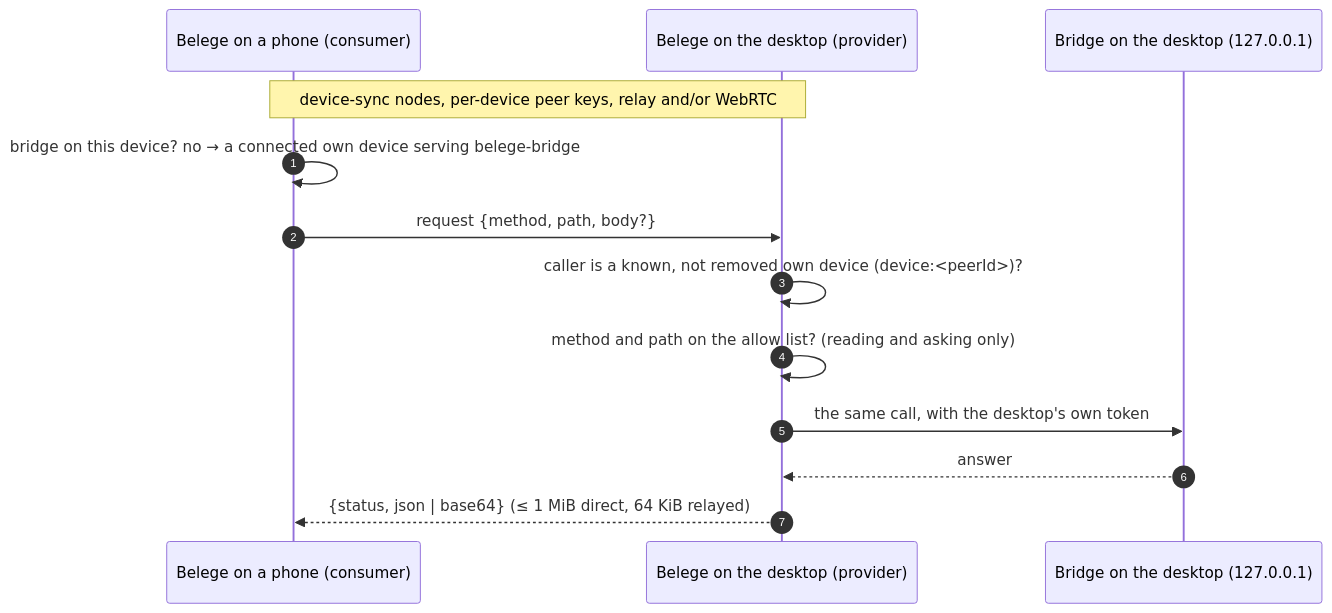
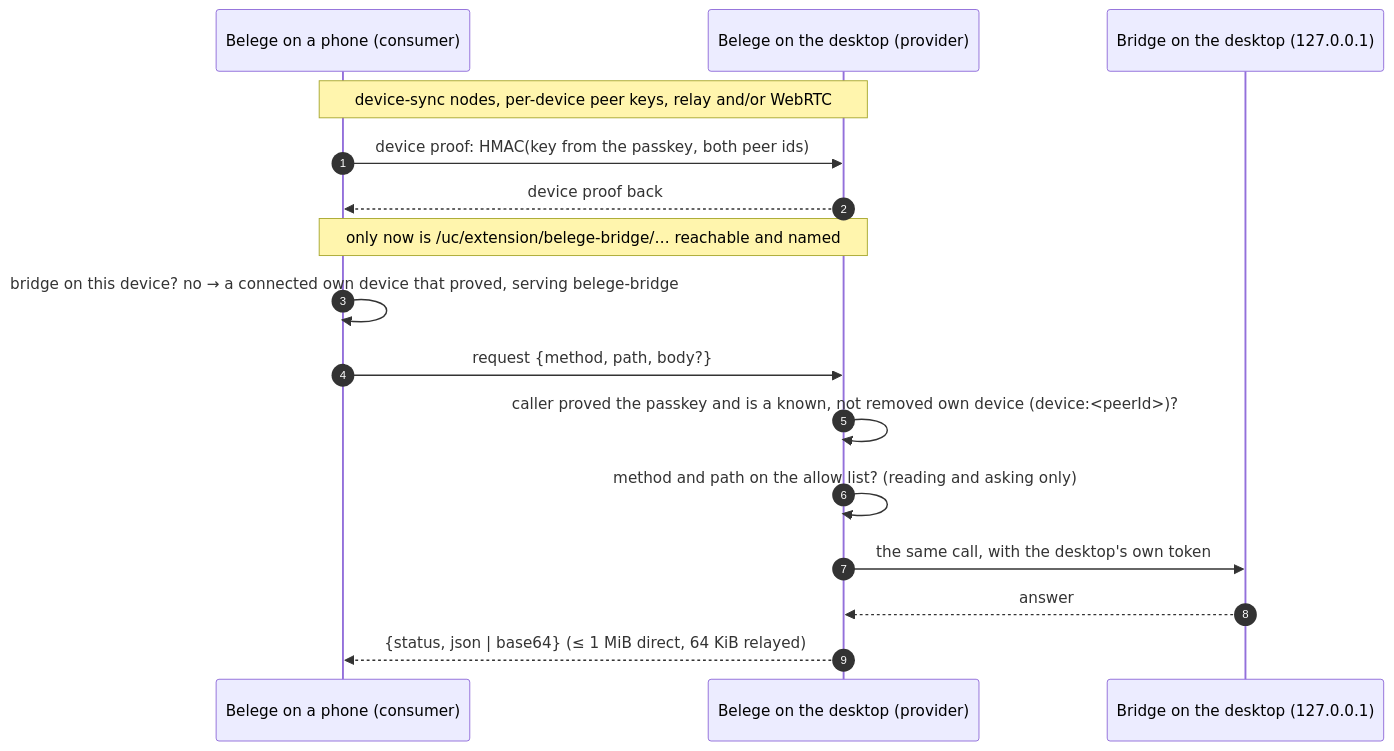
Before and after one commit to Le-Space/ucep-js: the sixth of 6 diagrams in docs/sequences.md, drawn with Mermaid. The commit also changed other lines of this file, not shown here.

First line of the commit message:
docs(sequences): belege-bridge answers own devices that proved the passkey

````diff
--- a/docs/sequences.md
+++ b/docs/sequences.md
@@ -174,16 +179,19 @@
 ```mermaid
 sequenceDiagram
     autonumber
     participant Ph as Belege on a phone (consumer)
     participant D as Belege on the desktop (provider)
     participant Br as Bridge on the desktop (127.0.0.1)
 
     Note over Ph,D: device-sync nodes, per-device peer keys, relay and/or WebRTC
-    Ph->>Ph: bridge on this device? no → a connected own device serving belege-bridge
+    Ph->>D: device proof: HMAC(key from the passkey, both peer ids)
+    D-->>Ph: device proof back
+    Note over Ph,D: only now is /uc/extension/belege-bridge/… reachable and named
+    Ph->>Ph: bridge on this device? no → a connected own device that proved, serving belege-bridge
     Ph->>D: request {method, path, body?}
-    D->>D: caller is a known, not removed own device (device:<peerId>)?
+    D->>D: caller proved the passkey and is a known, not removed own device (device:<peerId>)?
     D->>D: method and path on the allow list? (reading and asking only)
     D->>Br: the same call, with the desktop's own token
     Br-->>D: answer
     D-->>Ph: {status, json | base64} (≤ 1 MiB direct, 64 KiB relayed)
 ```
````
